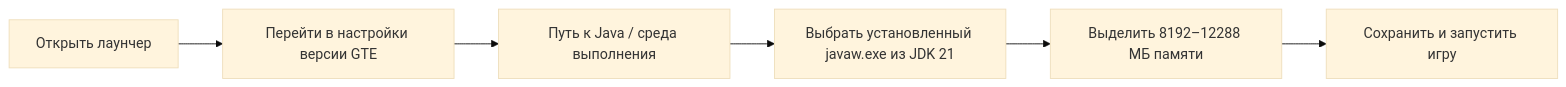
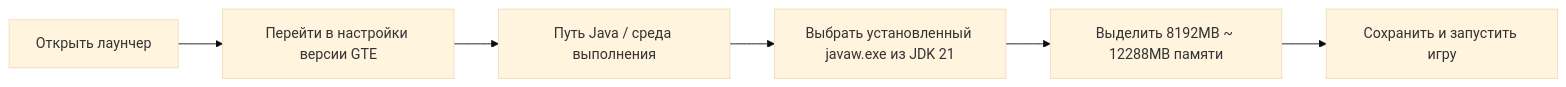
One commit to takanashisatou/GregtechEasy changed the diagram in docs/ru/download-and-play/lazy-pack.md. Above: the diagram before and after it, drawn with Mermaid (base theme). The commit also changed other lines of this file and 138 other files, not shown here.

````diff
--- a/docs/ru/download-and-play/lazy-pack.md
+++ b/docs/ru/download-and-play/lazy-pack.md
@@ -57,8 +57,8 @@
 ```mermaid
 graph LR
     A[Открыть лаунчер] --> B[Перейти в настройки версии GTE]
-    B --> C[Путь к Java / среда выполнения]
+    B --> C[Путь Java / среда выполнения]
     C --> D[Выбрать установленный javaw.exe из JDK 21]
-    D --> E[Выделить 8192–12288 МБ памяти]
+    D --> E[Выделить 8192MB ~ 12288MB памяти]
     E --> F[Сохранить и запустить игру]
 ```
````
